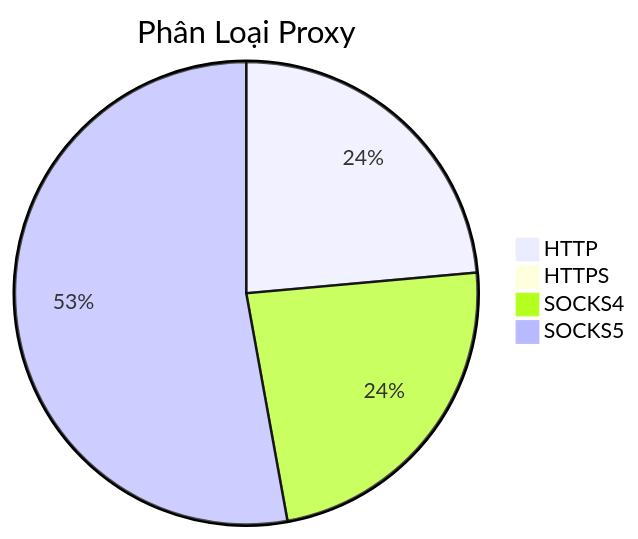
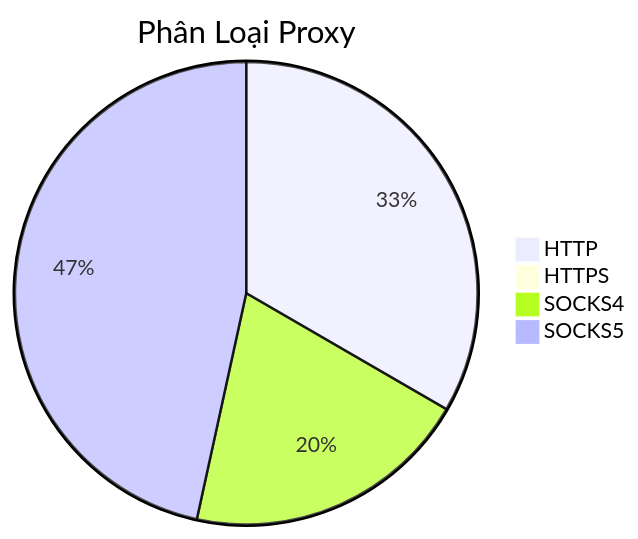
Before and after one commit to Ciara-12/PROXY-free: the diagram in README.md, drawn with Mermaid. The commit also changed other lines of this file and 3 other files, not shown here.

````diff
--- a/README.md
+++ b/README.md
@@ -26,7 +26,7 @@
 ```mermaid
 pie title Phân Loại Proxy
-    "HTTP" : 347
+    "HTTP" : 467
     "HTTPS" : 0
-    "SOCKS4" : 347
-    "SOCKS5" : 778
+    "SOCKS4" : 281
+    "SOCKS5" : 652
 ```
````
